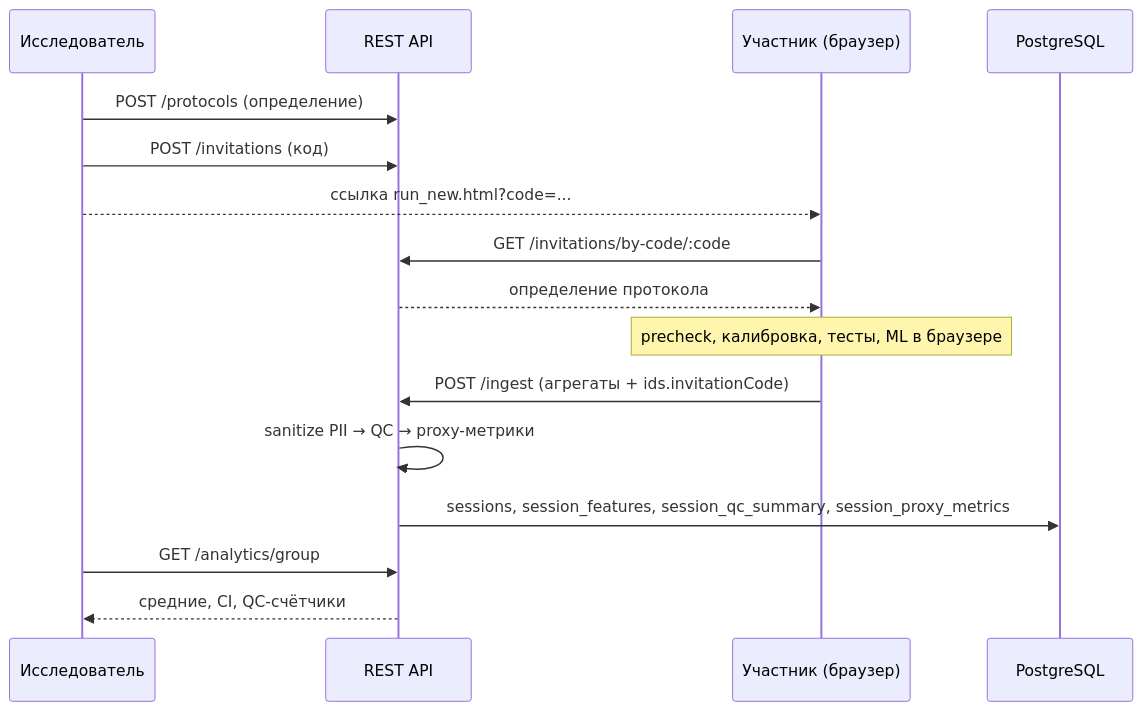
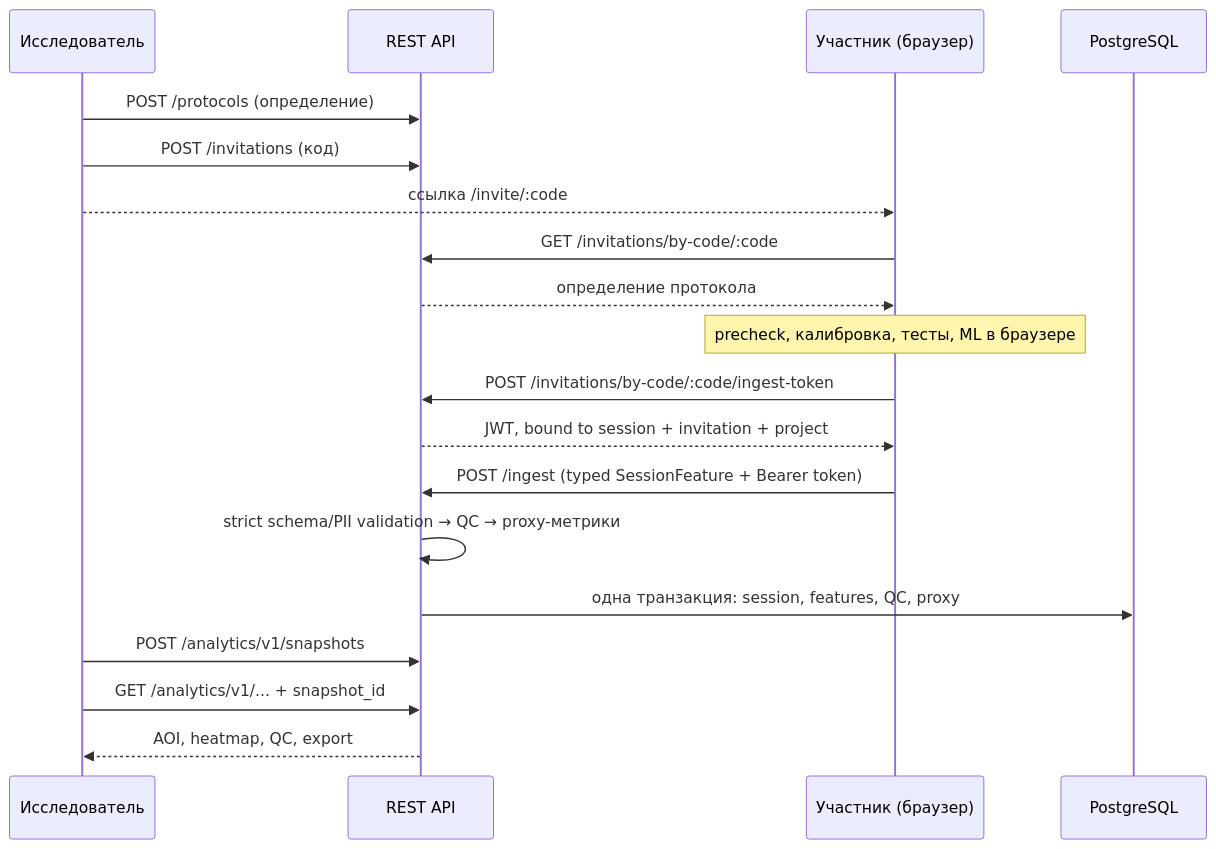
Before and after one commit to web-emocog/web-emocog-core: the second of 4 diagrams in README.md, drawn with Mermaid. The commit also changed other lines of this file and 268 other files, not shown here.

````diff
--- a/README.md
+++ b/README.md
@@ -110,19 +295,22 @@
 ```mermaid
 sequenceDiagram
   participant Res as Исследователь
   participant API as REST API
   participant Part as Участник (браузер)
   participant DB as PostgreSQL
 
   Res->>API: POST /protocols (определение)
   Res->>API: POST /invitations (код)
-  Res-->>Part: ссылка run_new.html?code=...
+  Res-->>Part: ссылка /invite/:code
   Part->>API: GET /invitations/by-code/:code
   API-->>Part: определение протокола
   Note over Part: precheck, калибровка, тесты, ML в браузере
-  Part->>API: POST /ingest (агрегаты + ids.invitationCode)
-  API->>API: sanitize PII → QC → proxy-метрики
-  API->>DB: sessions, session_features, session_qc_summary, session_proxy_metrics
-  Res->>API: GET /analytics/group
-  API-->>Res: средние, CI, QC-счётчики
+  Part->>API: POST /invitations/by-code/:code/ingest-token
+  API-->>Part: JWT, bound to session + invitation + project
+  Part->>API: POST /ingest (typed SessionFeature + Bearer token)
+  API->>API: strict schema/PII validation → QC → proxy-метрики
+  API->>DB: одна транзакция: session, features, QC, proxy
+  Res->>API: POST /analytics/v1/snapshots
+  Res->>API: GET /analytics/v1/... + snapshot_id
+  API-->>Res: AOI, heatmap, QC, export
 ```
````
